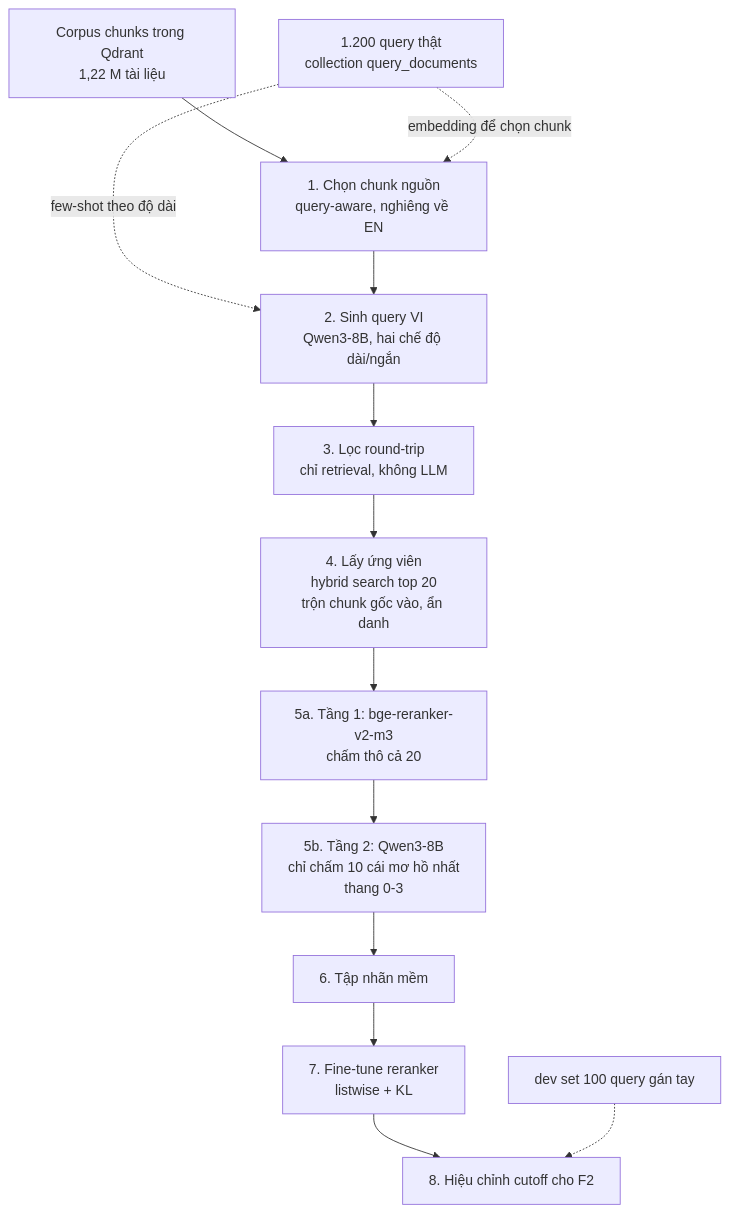
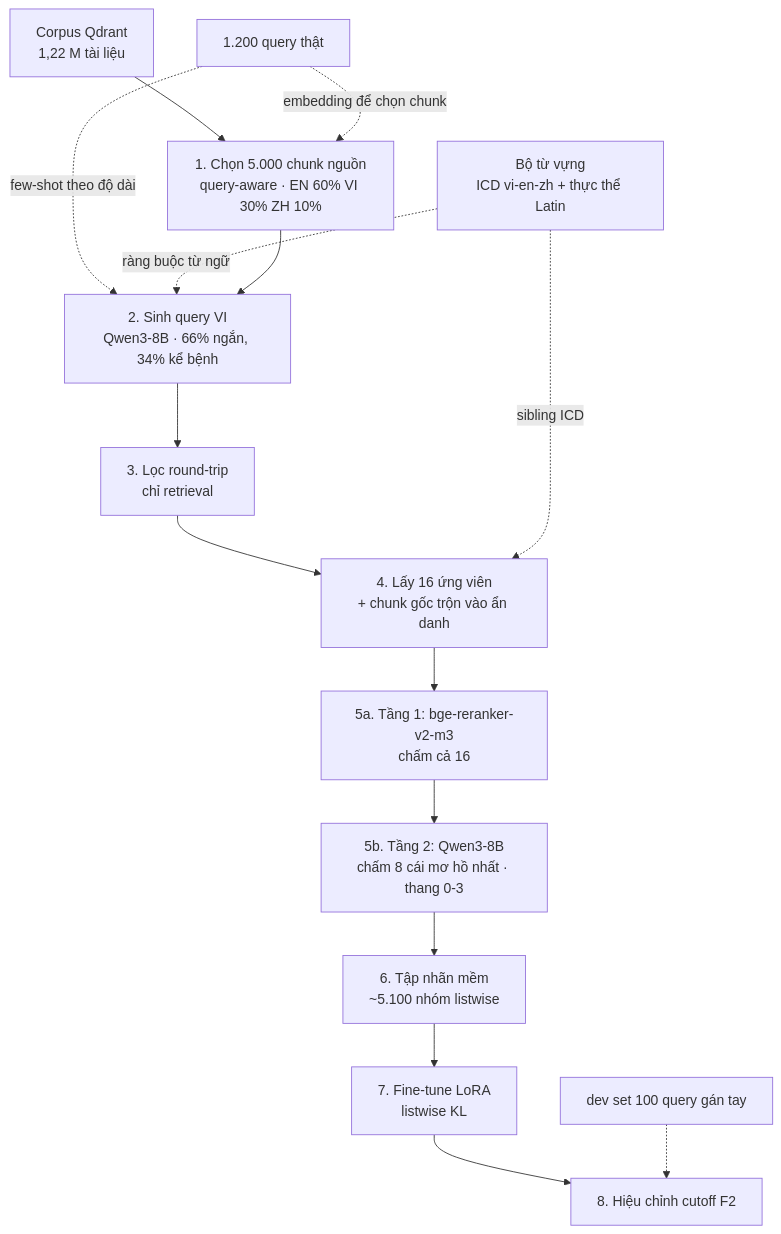
The diagram in docs/pipeline-sinh-nhan-reranker.md (quyen244/medial-retrieval), drawn with Mermaid before and after one commit. The commit also changed other lines of this file and 13 other files, not shown here.

````diff
--- a/docs/pipeline-sinh-nhan-reranker.md
+++ b/docs/pipeline-sinh-nhan-reranker.md
@@ -50,15 +73,17 @@
 ```mermaid
 flowchart TD
-    A["Corpus chunks trong Qdrant<br/>1,22 M tài liệu"] --> B["1. Chọn chunk nguồn<br/>query-aware, nghiêng về EN"]
-    Q["1.200 query thật<br/>collection query_documents"] -.few-shot theo độ dài.-> C
+    A["Corpus Qdrant<br/>1,22 M tài liệu"] --> B["1. Chọn 5.000 chunk nguồn<br/>query-aware · EN 60% VI 30% ZH 10%"]
+    Q["1.200 query thật"] -.few-shot theo độ dài.-> C
     Q -.embedding để chọn chunk.-> B
-    B --> C["2. Sinh query VI<br/>Qwen3-8B, hai chế độ dài/ngắn"]
-    C --> D["3. Lọc round-trip<br/>chỉ retrieval, không LLM"]
-    D --> E["4. Lấy ứng viên<br/>hybrid search top 20<br/>trộn chunk gốc vào, ẩn danh"]
-    E --> F["5a. Tầng 1: bge-reranker-v2-m3<br/>chấm thô cả 20"]
-    F --> G["5b. Tầng 2: Qwen3-8B<br/>chỉ chấm 10 cái mơ hồ nhất<br/>thang 0-3"]
-    G --> H["6. Tập nhãn mềm"]
-    H --> I["7. Fine-tune reranker<br/>listwise + KL"]
-    I --> J["8. Hiệu chỉnh cutoff cho F2"]
+    V["Bộ từ vựng<br/>ICD vi-en-zh + thực thể Latin"] -.ràng buộc từ ngữ.-> C
+    B --> C["2. Sinh query VI<br/>Qwen3-8B · 66% ngắn, 34% kể bệnh"]
+    C --> D["3. Lọc round-trip<br/>chỉ retrieval"]
+    D --> E["4. Lấy 16 ứng viên<br/>+ chunk gốc trộn vào ẩn danh"]
+    V -.sibling ICD.-> E
+    E --> F["5a. Tầng 1: bge-reranker-v2-m3<br/>chấm cả 16"]
+    F --> G["5b. Tầng 2: Qwen3-8B<br/>chấm 8 cái mơ hồ nhất · thang 0-3"]
+    G --> H["6. Tập nhãn mềm<br/>~5.100 nhóm listwise"]
+    H --> I["7. Fine-tune LoRA<br/>listwise KL"]
+    I --> J["8. Hiệu chỉnh cutoff F2"]
     DEV["dev set 100 query gán tay"] -.-> J
 ```
````
